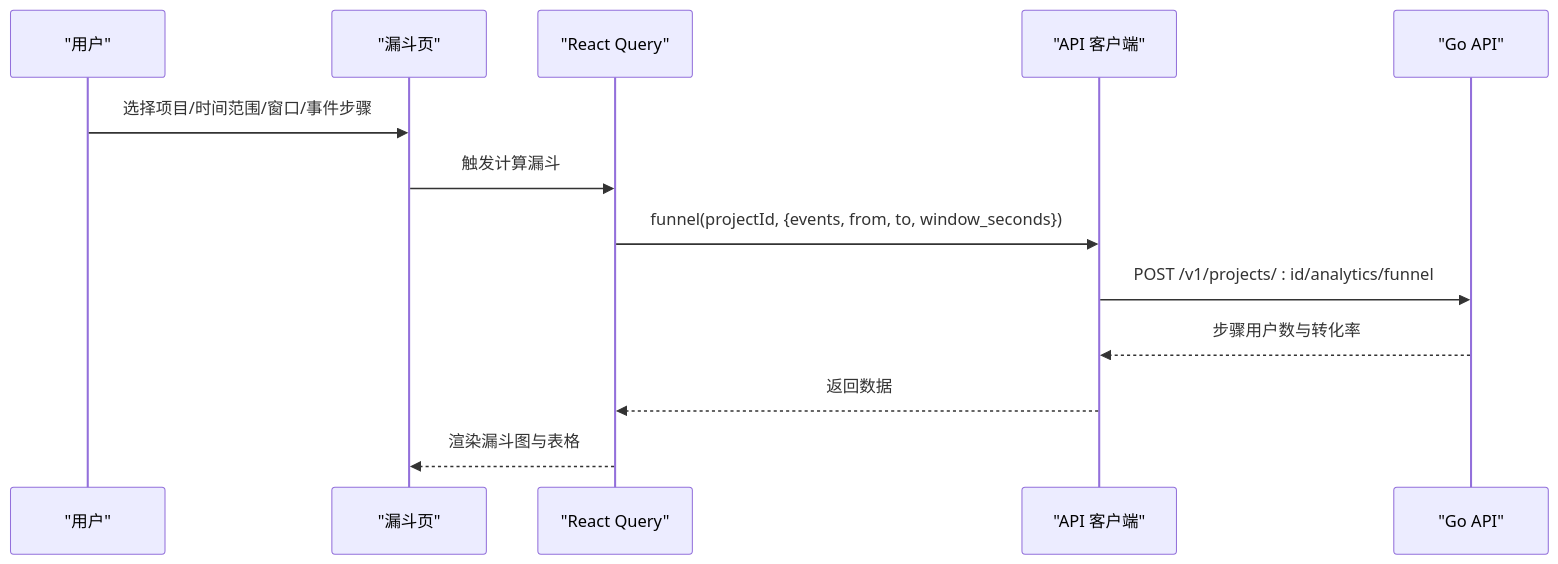
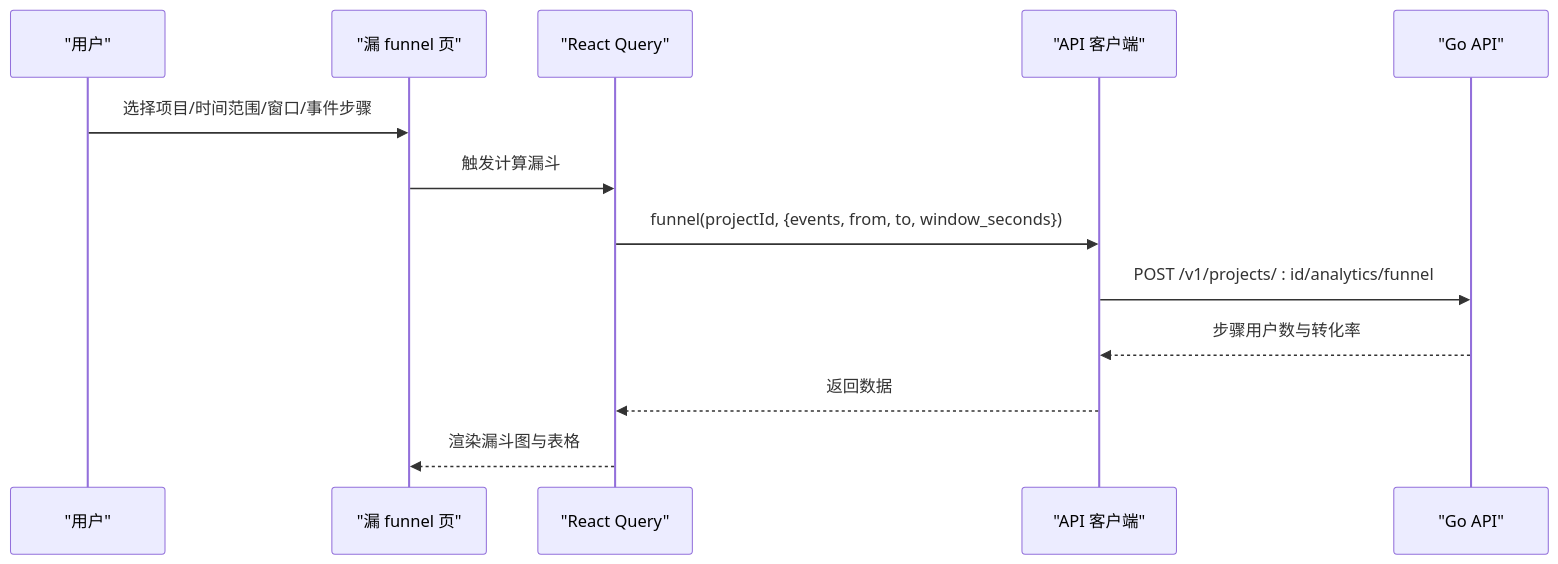
The sixth of 9 diagrams in .qoder/repowiki/zh/content/Web控制台/Web控制台.md (zhen-zhong/AeroLog), drawn with Mermaid before and after one commit. The commit also changed other lines of this file and 26 other files, not shown here.

````diff
--- a/.qoder/repowiki/zh/content/Web控制台/Web控制台.md
+++ b/.qoder/repowiki/zh/content/Web控制台/Web控制台.md
@@ -329,15 +370,15 @@
 ```mermaid
 sequenceDiagram
 participant U as "用户"
-participant F as "漏斗页"
+participant F as "漏 funnel 页"
 participant Q as "React Query"
 participant A as "API 客户端"
 participant S as "Go API"
 U->>F : 选择项目/时间范围/窗口/事件步骤
 F->>Q : 触发计算漏斗
 Q->>A : funnel(projectId, {events, from, to, window_seconds})
 A->>S : POST /v1/projects/ : id/analytics/funnel
 S-->>A : 步骤用户数与转化率
 A-->>Q : 返回数据
 Q-->>F : 渲染漏斗图与表格
 ```
````
